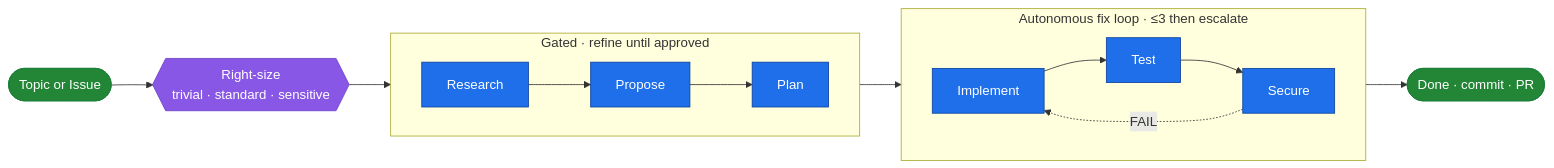
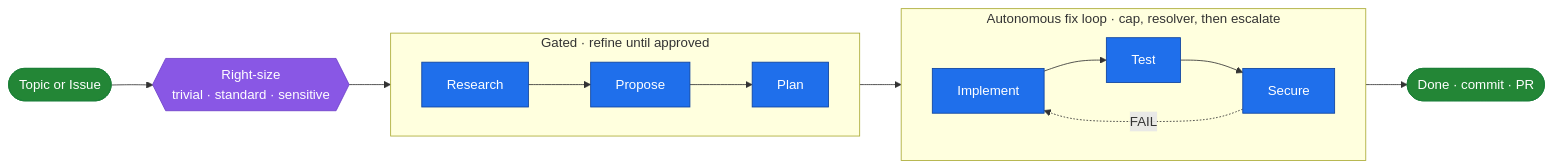
One commit to NilsWidal/loobster changed the first of 3 diagrams in README.md. Above: the diagram before and after it, drawn with Mermaid. The commit also changed other lines of this file and 2 other files, not shown here.

````diff
--- a/README.md
+++ b/README.md
@@ -76,26 +125,26 @@
 ```mermaid
 flowchart LR
     Start([Topic or Issue]) --> RS{{"Right-size<br/>trivial · standard · sensitive"}}
     RS --> R
 
     subgraph G["Gated · refine until approved"]
         direction LR
         R[Research] --> P[Propose] --> PL[Plan]
     end
 
-    subgraph A["Autonomous fix loop · ≤3 then escalate"]
+    subgraph A["Autonomous fix loop · cap, resolver, then escalate"]
         direction LR
         I[Implement] --> T[Test] --> S[Secure]
         S -.->|FAIL| I
     end
 
     PL --> I
     S --> Done([Done · commit · PR])
 
     classDef phase fill:#1f6feb,stroke:#0d419d,color:#fff;
     classDef gate  fill:#8957e5,stroke:#6e40c9,color:#fff;
     classDef term  fill:#238636,stroke:#1a7f37,color:#fff;
     class R,P,PL,I,T,S phase
     class RS gate
     class Start,Done term
 ```
````
